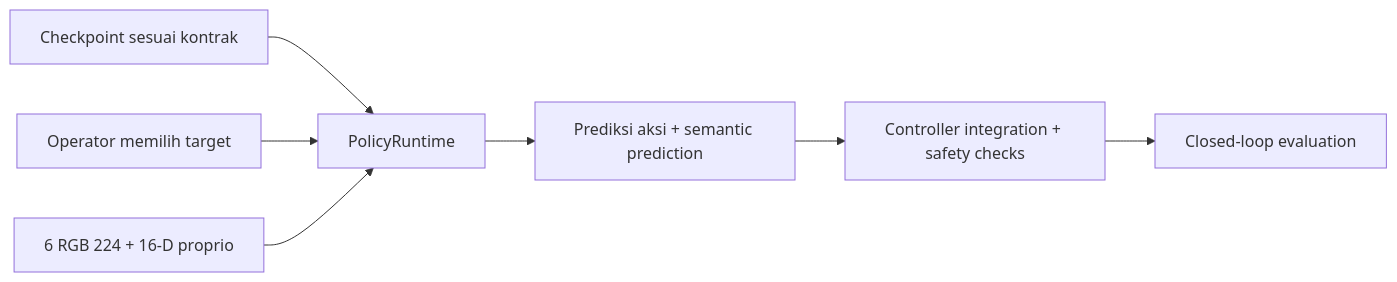
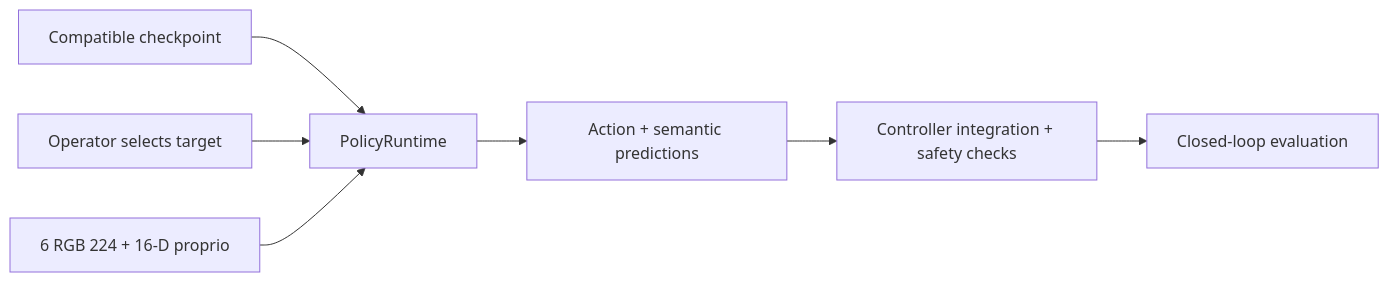
Before and after one commit to angelinemar/NSTC-Surgical-Instrument-Pick-Place: the first of 2 diagrams in docs/INFERENCE.md, drawn with Mermaid. The commit also changed other lines of this file and 10 other files, not shown here.

Commit message:
Translate reader-facing documentation and diagrams into English

````diff
--- a/docs/INFERENCE.md
+++ b/docs/INFERENCE.md
@@ -7,9 +7,9 @@
 ```mermaid
 flowchart LR
-    A["Checkpoint sesuai kontrak"] --> B["PolicyRuntime"]
-    C["Operator memilih target"] --> B
+    A["Compatible checkpoint"] --> B["PolicyRuntime"]
+    C["Operator selects target"] --> B
     D["6 RGB 224 + 16-D proprio"] --> B
-    B --> E["Prediksi aksi + semantic prediction"]
+    B --> E["Action + semantic predictions"]
     E --> F["Controller integration + safety checks"]
     F --> G["Closed-loop evaluation"]
 ```
````
